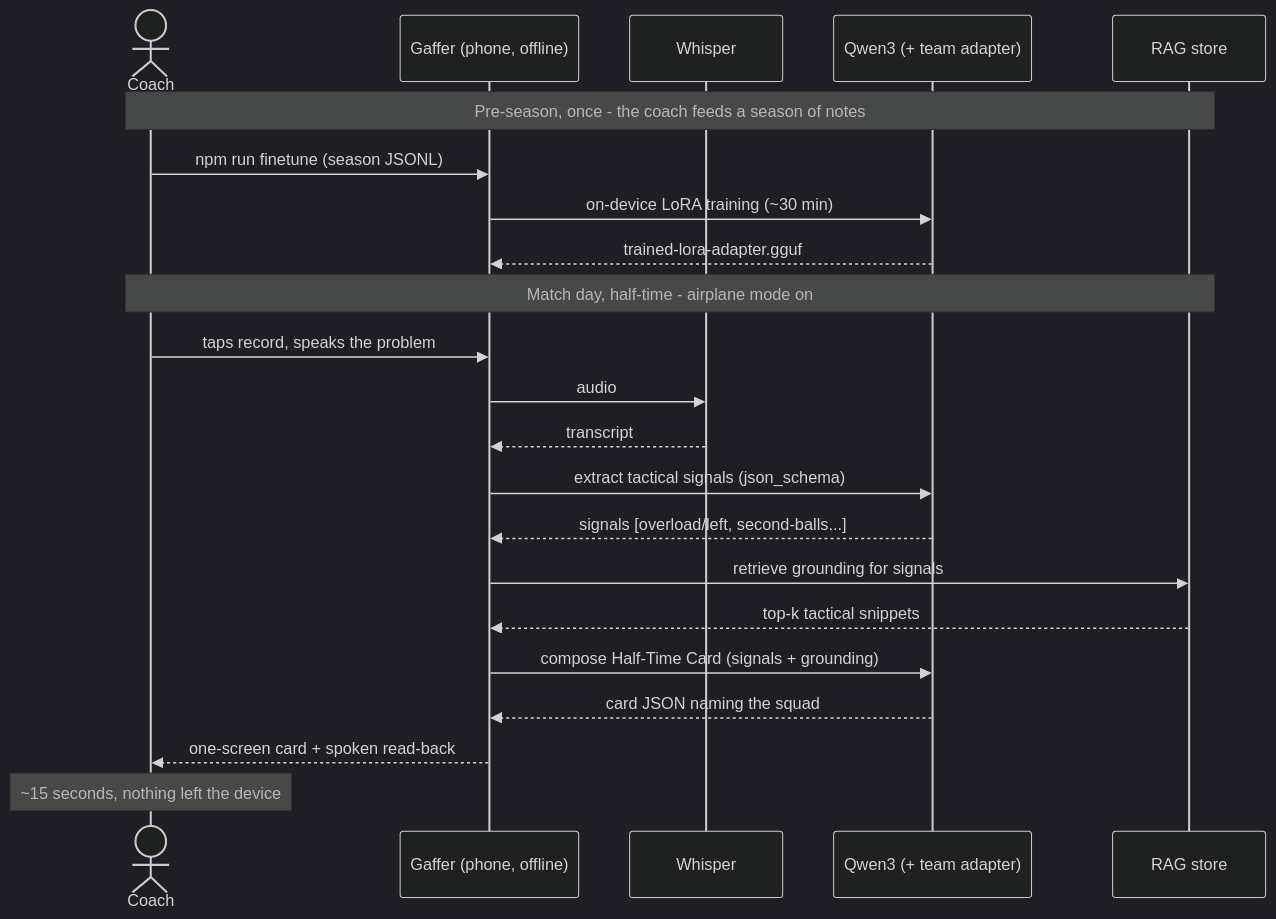
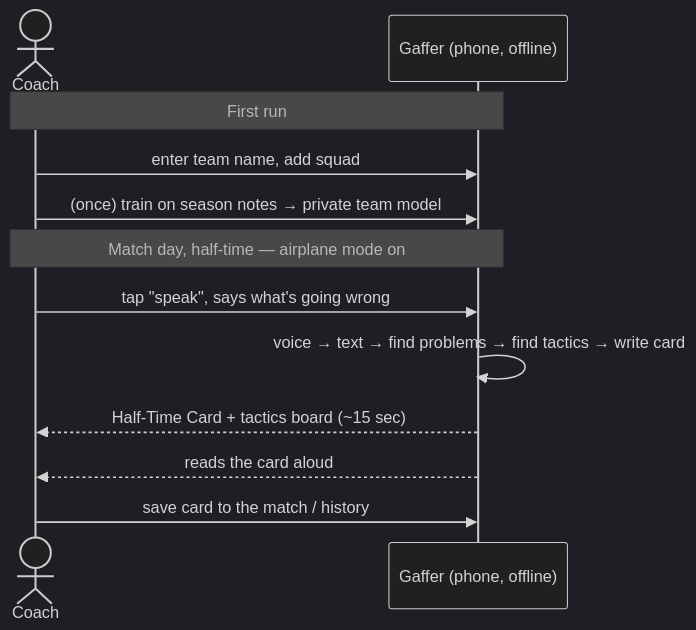
One commit to FlemingJohn/Gaffer changed the fourth of 4 diagrams in README.md. Above: the diagram before and after it, drawn with Mermaid (dark theme). The commit also changed other lines of this file and 1 other file, not shown here.

Commit message:
docs: rewrite README as multimodal RAG system, add Apache-2.0 license

````diff
--- a/README.md
+++ b/README.md
@@ -110,26 +351,16 @@
 ```mermaid
 sequenceDiagram
     actor Coach
     participant App as Gaffer (phone, offline)
-    participant ASR as Whisper
-    participant LLM as Qwen3 (+ team adapter)
-    participant RAG as RAG store
 
-    Note over Coach,RAG: Pre-season, once - the coach feeds a season of notes
-    Coach->>App: npm run finetune (season JSONL)
-    App->>LLM: on-device LoRA training (~30 min)
-    LLM-->>App: trained-lora-adapter.gguf
+    Note over Coach,App: First run
+    Coach->>App: enter team name, add squad
+    Coach->>App: (once) train on season notes → private team model
 
-    Note over Coach,RAG: Match day, half-time - airplane mode on
-    Coach->>App: taps record, speaks the problem
-    App->>ASR: audio
-    ASR-->>App: transcript
-    App->>LLM: extract tactical signals (json_schema)
-    LLM-->>App: signals [overload/left, second-balls...]
-    App->>RAG: retrieve grounding for signals
-    RAG-->>App: top-k tactical snippets
-    App->>LLM: compose Half-Time Card (signals + grounding)
-    LLM-->>App: card JSON naming the squad
-    App-->>Coach: one-screen card + spoken read-back
-    Note over Coach: ~15 seconds, nothing left the device
+    Note over Coach,App: Match day, half-time — airplane mode on
+    Coach->>App: tap "speak", says what's going wrong
+    App->>App: voice → text → find problems → find tactics → write card
+    App-->>Coach: Half-Time Card + tactics board (~15 sec)
+    App-->>Coach: reads the card aloud
+    Coach->>App: save card to the match / history
 ```
````
